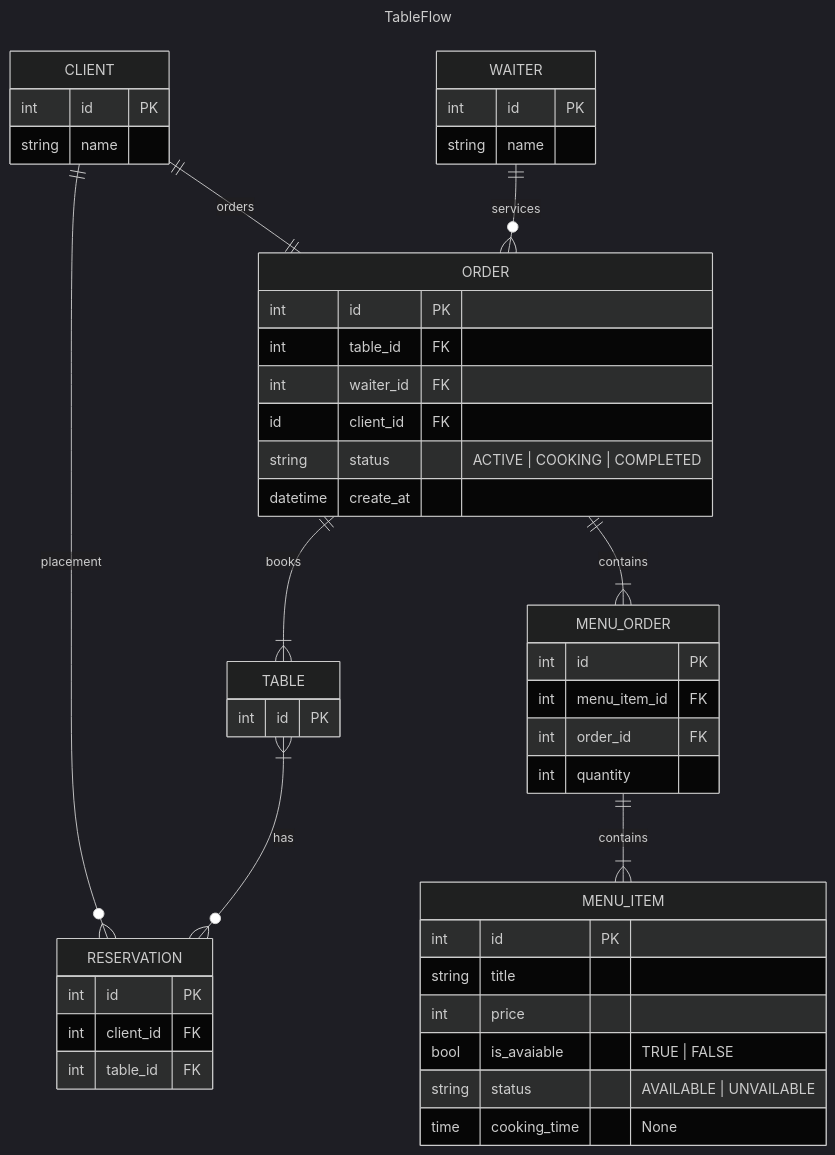
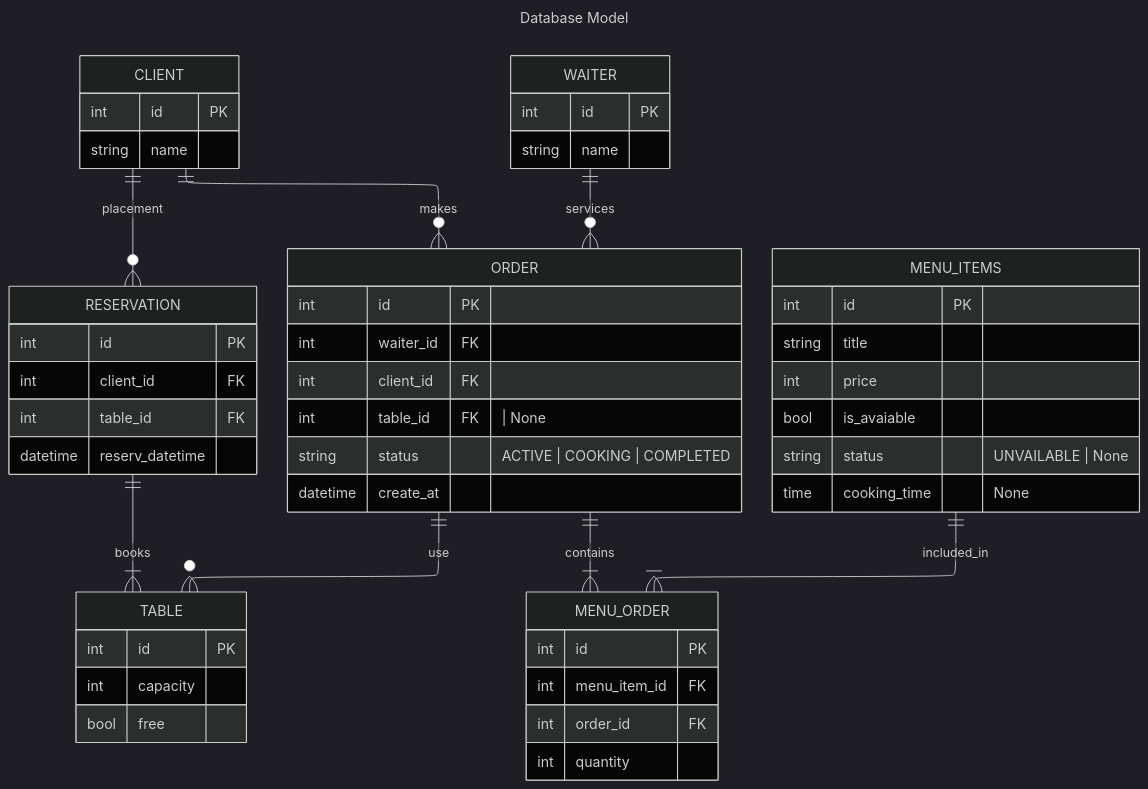
The first of 2 diagrams in model.md (cyjiky/TableFlow), drawn with Mermaid (dark theme) before and after one commit. The commit also changed other lines of this file and 1 other file, not shown here.

Commit message:
Update db ER diagram and add users roles schema

````diff
--- a/model.md
+++ b/model.md
@@ -3,61 +5,67 @@
 ```mermaid
 ---
-title: TableFlow
+title: Database Model
+config:
+    layout: elk
 ---
 erDiagram
     CLIENT ||--o{ RESERVATION: "placement"
-    CLIENT ||--|| ORDER: "orders"
+    CLIENT ||--o{ ORDER : "makes"
+    
 
     WAITER ||--o{ ORDER: "services"
-    ORDER ||--|{ TABLE: "books"
+    ORDER ||--o{ TABLE: "use"
 
-    TABLE }|--o{ RESERVATION: "has"
+    RESERVATION ||--|{ TABLE: "books"
 
     ORDER ||--|{ MENU_ORDER: "contains"
-    MENU_ORDER ||--|{ MENU_ITEM: "contains"
+    MENU_ITEMS ||--|{ MENU_ORDER: "included_in"
+
+    CLIENT {
+        int id PK
+        string name
+    }
 
     ORDER {
         int id PK
-        int table_id FK 
         int waiter_id FK
-        id client_id FK 
+        int client_id FK 
+        int table_id FK "| None"
         string status "ACTIVE | COOKING | COMPLETED"
         datetime create_at 
     }
 
-    MENU_ITEM {
-        int id PK
-        string title 
-        int price 
-        bool is_avaiable "TRUE | FALSE"
-        string status "AVAILABLE | UNVAILABLE"
-        time cooking_time "None"
-    }
-
-    MENU_ORDER {
-        int id PK
-        int menu_item_id FK
-        int order_id FK
-        int quantity
-    }
-
     TABLE {
         int id PK 
-    }
-
-    CLIENT {
-        int id PK
-        string name
+        int capacity
+        bool free
     }
 
     WAITER {
         int id PK
         string name
     }
 
     RESERVATION {
         int id PK
         int client_id FK
         int table_id FK
+        datetime reserv_datetime
+    }
+
+    MENU_ITEMS {
+        int id PK
+        string title 
+        int price 
+        bool is_avaiable
+        string status "UNVAILABLE | None"
+        time cooking_time "None"
+    }
+
+    MENU_ORDER {
+        int id PK
+        int menu_item_id FK
+        int order_id FK
+        int quantity
     }
 ```
````
